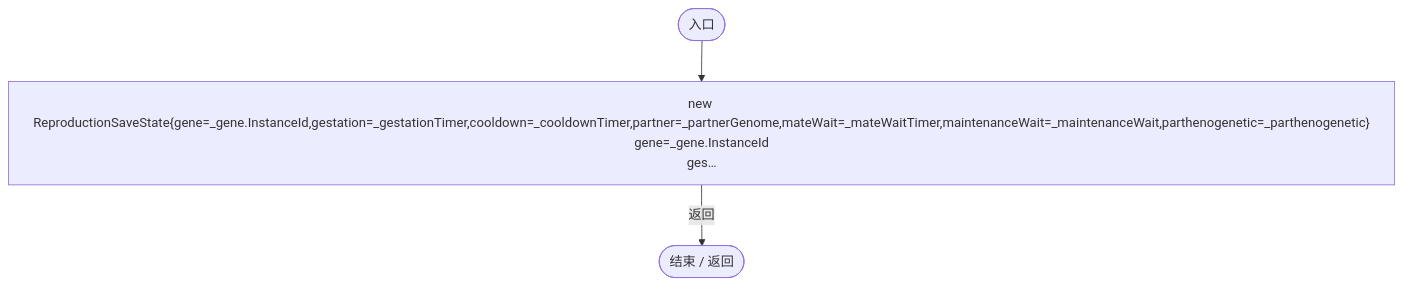
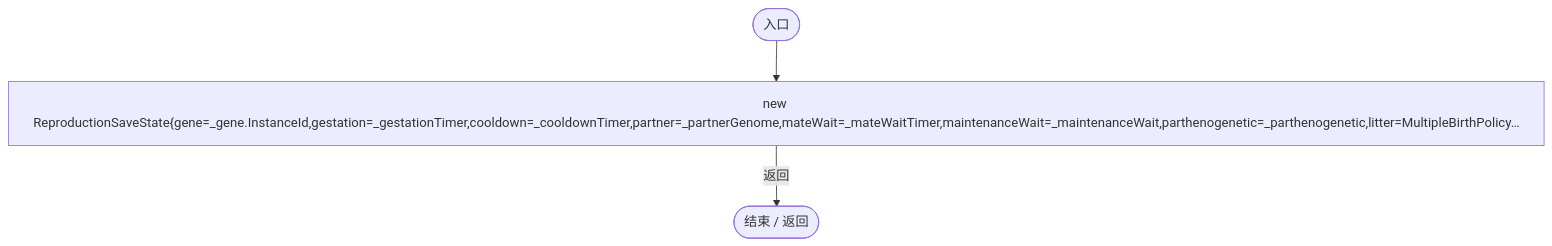
Before and after one commit to xhs6666/Darwin_paradise: the second of 16 diagrams in Docs/运行流程图/脚本/ac319ea70bd8b723.md, drawn with Mermaid. The commit also changed other lines of this file and 227 other files, not shown here.

````diff
--- a/Docs/运行流程图/脚本/ac319ea70bd8b723.md
+++ b/Docs/运行流程图/脚本/ac319ea70bd8b723.md
@@ -43,9 +43,9 @@
 ```mermaid
 flowchart TD
   b0(["入口"])
-  b1["new ReproductionSaveState{gene=_gene.InstanceId,gestation=_gestationTimer,cooldown=_cooldownTimer,partner=_partnerGenome,mateWait=_mateWaitTimer,maintenanceWait=_maintenanceWait,parthenogenetic=_parthenogenetic}<br/>gene=_gene.InstanceId<br/>ges…"]
+  b1["new ReproductionSaveState{gene=_gene.InstanceId,gestation=_gestationTimer,cooldown=_cooldownTimer,partner=_partnerGenome,mateWait=_mateWaitTimer,maintenanceWait=_maintenanceWait,parthenogenetic=_parthenogenetic,litter=MultipleBirthPolicy…"]
   b2(["结束 / 返回"])
   b0 --> b1
   b1 -->|"返回"| b2
 
 ```
````
